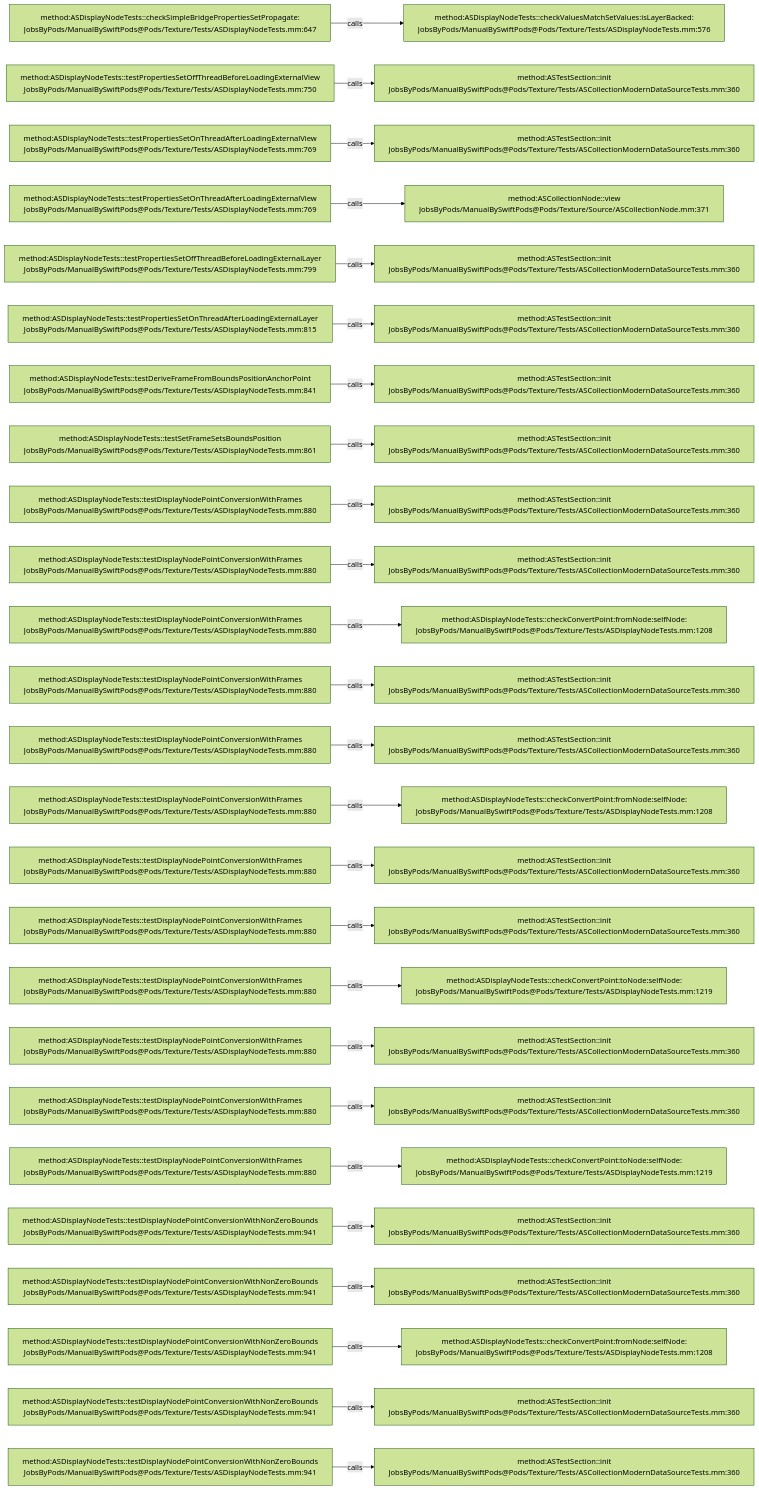
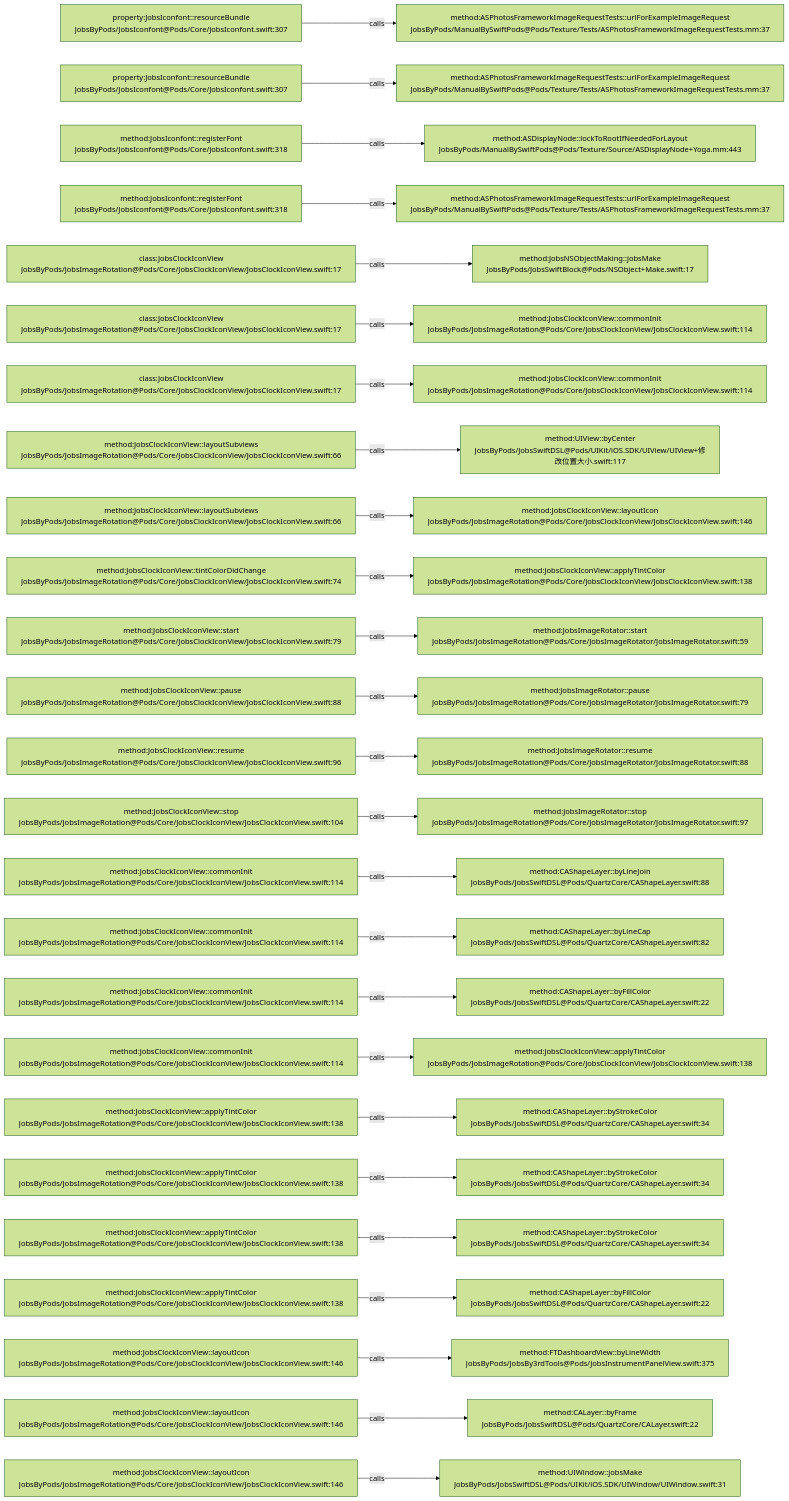
The diagram in .codegraph/codegraph.md/graphs/calls-188.md (JobsKits/JobsSwiftBaseConfigDemo), drawn with Mermaid (forest theme) before and after one commit. The commit also changed 224 other files, not shown here.

````diff
--- a/.codegraph/codegraph.md/graphs/calls-188.md
+++ b/.codegraph/codegraph.md/graphs/calls-188.md
@@ -13,78 +13,78 @@
 ```mermaid
 flowchart LR
-  S1["method:ASDisplayNodeTests::checkSimpleBridgePropertiesSetPropagate:<br/>JobsByPods/ManualBySwiftPods@Pods/Texture/Tests/ASDisplayNodeTests.mm:647"]
-  T1["method:ASDisplayNodeTests::checkValuesMatchSetValues:isLayerBacked:<br/>JobsByPods/ManualBySwiftPods@Pods/Texture/Tests/ASDisplayNodeTests.mm:576"]
+  S1["property:JobsIconfont::resourceBundle<br/>JobsByPods/JobsIconfont@Pods/Core/JobsIconfont.swift:307"]
+  T1["method:ASPhotosFrameworkImageRequestTests::urlForExampleImageRequest<br/>JobsByPods/ManualBySwiftPods@Pods/Texture/Tests/ASPhotosFrameworkImageRequestTests.mm:37"]
   S1 -->|calls| T1
-  S2["method:ASDisplayNodeTests::testPropertiesSetOffThreadBeforeLoadingExternalView<br/>JobsByPods/ManualBySwiftPods@Pods/Texture/Tests/ASDisplayNodeTests.mm:750"]
-  T2["method:ASTestSection::init<br/>JobsByPods/ManualBySwiftPods@Pods/Texture/Tests/ASCollectionModernDataSourceTests.mm:360"]
+  S2["property:JobsIconfont::resourceBundle<br/>JobsByPods/JobsIconfont@Pods/Core/JobsIconfont.swift:307"]
+  T2["method:ASPhotosFrameworkImageRequestTests::urlForExampleImageRequest<br/>JobsByPods/ManualBySwiftPods@Pods/Texture/Tests/ASPhotosFrameworkImageRequestTests.mm:37"]
   S2 -->|calls| T2
-  S3["method:ASDisplayNodeTests::testPropertiesSetOnThreadAfterLoadingExternalView<br/>JobsByPods/ManualBySwiftPods@Pods/Texture/Tests/ASDisplayNodeTests.mm:769"]
-  T3["method:ASTestSection::init<br/>JobsByPods/ManualBySwiftPods@Pods/Texture/Tests/ASCollectionModernDataSourceTests.mm:360"]
+  S3["method:JobsIconfont::registerFont<br/>JobsByPods/JobsIconfont@Pods/Core/JobsIconfont.swift:318"]
+  T3["method:ASDisplayNode::lockToRootIfNeededForLayout<br/>JobsByPods/ManualBySwiftPods@Pods/Texture/Source/ASDisplayNode+Yoga.mm:443"]
   S3 -->|calls| T3
-  S4["method:ASDisplayNodeTests::testPropertiesSetOnThreadAfterLoadingExternalView<br/>JobsByPods/ManualBySwiftPods@Pods/Texture/Tests/ASDisplayNodeTests.mm:769"]
-  T4["method:ASCollectionNode::view<br/>JobsByPods/ManualBySwiftPods@Pods/Texture/Source/ASCollectionNode.mm:371"]
+  S4["method:JobsIconfont::registerFont<br/>JobsByPods/JobsIconfont@Pods/Core/JobsIconfont.swift:318"]
+  T4["method:ASPhotosFrameworkImageRequestTests::urlForExampleImageRequest<br/>JobsByPods/ManualBySwiftPods@Pods/Texture/Tests/ASPhotosFrameworkImageRequestTests.mm:37"]
   S4 -->|calls| T4
-  S5["method:ASDisplayNodeTests::testPropertiesSetOffThreadBeforeLoadingExternalLayer<br/>JobsByPods/ManualBySwiftPods@Pods/Texture/Tests/ASDisplayNodeTests.mm:799"]
-  T5["method:ASTestSection::init<br/>JobsByPods/ManualBySwiftPods@Pods/Texture/Tests/ASCollectionModernDataSourceTests.mm:360"]
+  S5["class:JobsClockIconView<br/>JobsByPods/JobsImageRotation@Pods/Core/JobsClockIconView/JobsClockIconView.swift:17"]
+  T5["method:JobsNSObjectMaking::jobsMake<br/>JobsByPods/JobsSwiftBlock@Pods/NSObject+Make.swift:17"]
   S5 -->|calls| T5
-  S6["method:ASDisplayNodeTests::testPropertiesSetOnThreadAfterLoadingExternalLayer<br/>JobsByPods/ManualBySwiftPods@Pods/Texture/Tests/ASDisplayNodeTests.mm:815"]
-  T6["method:ASTestSection::init<br/>JobsByPods/ManualBySwiftPods@Pods/Texture/Tests/ASCollectionModernDataSourceTests.mm:360"]
+  S6["class:JobsClockIconView<br/>JobsByPods/JobsImageRotation@Pods/Core/JobsClockIconView/JobsClockIconView.swift:17"]
+  T6["method:JobsClockIconView::commonInit<br/>JobsByPods/JobsImageRotation@Pods/Core/JobsClockIconView/JobsClockIconView.swift:114"]
   S6 -->|calls| T6
-  S7["method:ASDisplayNodeTests::testDeriveFrameFromBoundsPositionAnchorPoint<br/>JobsByPods/ManualBySwiftPods@Pods/Texture/Tests/ASDisplayNodeTests.mm:841"]
-  T7["method:ASTestSection::init<br/>JobsByPods/ManualBySwiftPods@Pods/Texture/Tests/ASCollectionModernDataSourceTests.mm:360"]
+  S7["class:JobsClockIconView<br/>JobsByPods/JobsImageRotation@Pods/Core/JobsClockIconView/JobsClockIconView.swift:17"]
+  T7["method:JobsClockIconView::commonInit<br/>JobsByPods/JobsImageRotation@Pods/Core/JobsClockIconView/JobsClockIconView.swift:114"]
   S7 -->|calls| T7
-  S8["method:ASDisplayNodeTests::testSetFrameSetsBoundsPosition<br/>JobsByPods/ManualBySwiftPods@Pods/Texture/Tests/ASDisplayNodeTests.mm:861"]
-  T8["method:ASTestSection::init<br/>JobsByPods/ManualBySwiftPods@Pods/Texture/Tests/ASCollectionModernDataSourceTests.mm:360"]
+  S8["method:JobsClockIconView::layoutSubviews<br/>JobsByPods/JobsImageRotation@Pods/Core/JobsClockIconView/JobsClockIconView.swift:66"]
+  T8["method:UIView::byCenter<br/>JobsByPods/JobsSwiftDSL@Pods/UIKit/iOS.SDK/UIView/UIView+修改位置大小.swift:117"]
   S8 -->|calls| T8
-  S9["method:ASDisplayNodeTests::testDisplayNodePointConversionWithFrames<br/>JobsByPods/ManualBySwiftPods@Pods/Texture/Tests/ASDisplayNodeTests.mm:880"]
-  T9["method:ASTestSection::init<br/>JobsByPods/ManualBySwiftPods@Pods/Texture/Tests/ASCollectionModernDataSourceTests.mm:360"]
+  S9["method:JobsClockIconView::layoutSubviews<br/>JobsByPods/JobsImageRotation@Pods/Core/JobsClockIconView/JobsClockIconView.swift:66"]
+  T9["method:JobsClockIconView::layoutIcon<br/>JobsByPods/JobsImageRotation@Pods/Core/JobsClockIconView/JobsClockIconView.swift:146"]
   S9 -->|calls| T9
-  S10["method:ASDisplayNodeTests::testDisplayNodePointConversionWithFrames<br/>JobsByPods/ManualBySwiftPods@Pods/Texture/Tests/ASDisplayNodeTests.mm:880"]
-  T10["method:ASTestSection::init<br/>JobsByPods/ManualBySwiftPods@Pods/Texture/Tests/ASCollectionModernDataSourceTests.mm:360"]
+  S10["method:JobsClockIconView::tintColorDidChange<br/>JobsByPods/JobsImageRotation@Pods/Core/JobsClockIconView/JobsClockIconView.swift:74"]
+  T10["method:JobsClockIconView::applyTintColor<br/>JobsByPods/JobsImageRotation@Pods/Core/JobsClockIconView/JobsClockIconView.swift:138"]
   S10 -->|calls| T10
-  S11["method:ASDisplayNodeTests::testDisplayNodePointConversionWithFrames<br/>JobsByPods/ManualBySwiftPods@Pods/Texture/Tests/ASDisplayNodeTests.mm:880"]
-  T11["method:ASDisplayNodeTests::checkConvertPoint:fromNode:selfNode:<br/>JobsByPods/ManualBySwiftPods@Pods/Texture/Tests/ASDisplayNodeTests.mm:1208"]
+  S11["method:JobsClockIconView::start<br/>JobsByPods/JobsImageRotation@Pods/Core/JobsClockIconView/JobsClockIconView.swift:79"]
+  T11["method:JobsImageRotator::start<br/>JobsByPods/JobsImageRotation@Pods/Core/JobsImageRotator/JobsImageRotator.swift:59"]
   S11 -->|calls| T11
-  S12["method:ASDisplayNodeTests::testDisplayNodePointConversionWithFrames<br/>JobsByPods/ManualBySwiftPods@Pods/Texture/Tests/ASDisplayNodeTests.mm:880"]
-  T12["method:ASTestSection::init<br/>JobsByPods/ManualBySwiftPods@Pods/Texture/Tests/ASCollectionModernDataSourceTests.mm:360"]
+  S12["method:JobsClockIconView::pause<br/>JobsByPods/JobsImageRotation@Pods/Core/JobsClockIconView/JobsClockIconView.swift:88"]
+  T12["method:JobsImageRotator::pause<br/>JobsByPods/JobsImageRotation@Pods/Core/JobsImageRotator/JobsImageRotator.swift:79"]
   S12 -->|calls| T12
-  S13["method:ASDisplayNodeTests::testDisplayNodePointConversionWithFrames<br/>JobsByPods/ManualBySwiftPods@Pods/Texture/Tests/ASDisplayNodeTests.mm:880"]
-  T13["method:ASTestSection::init<br/>JobsByPods/ManualBySwiftPods@Pods/Texture/Tests/ASCollectionModernDataSourceTests.mm:360"]
+  S13["method:JobsClockIconView::resume<br/>JobsByPods/JobsImageRotation@Pods/Core/JobsClockIconView/JobsClockIconView.swift:96"]
+  T13["method:JobsImageRotator::resume<br/>JobsByPods/JobsImageRotation@Pods/Core/JobsImageRotator/JobsImageRotator.swift:88"]
   S13 -->|calls| T13
-  S14["method:ASDisplayNodeTests::testDisplayNodePointConversionWithFrames<br/>JobsByPods/ManualBySwiftPods@Pods/Texture/Tests/ASDisplayNodeTests.mm:880"]
-  T14["method:ASDisplayNodeTests::checkConvertPoint:fromNode:selfNode:<br/>JobsByPods/ManualBySwiftPods@Pods/Texture/Tests/ASDisplayNodeTests.mm:1208"]
+  S14["method:JobsClockIconView::stop<br/>JobsByPods/JobsImageRotation@Pods/Core/JobsClockIconView/JobsClockIconView.swift:104"]
+  T14["method:JobsImageRotator::stop<br/>JobsByPods/JobsImageRotation@Pods/Core/JobsImageRotator/JobsImageRotator.swift:97"]
   S14 -->|calls| T14
-  S15["method:ASDisplayNodeTests::testDisplayNodePointConversionWithFrames<br/>JobsByPods/ManualBySwiftPods@Pods/Texture/Tests/ASDisplayNodeTests.mm:880"]
-  T15["method:ASTestSection::init<br/>JobsByPods/ManualBySwiftPods@Pods/Texture/Tests/ASCollectionModernDataSourceTests.mm:360"]
+  S15["method:JobsClockIconView::commonInit<br/>JobsByPods/JobsImageRotation@Pods/Core/JobsClockIconView/JobsClockIconView.swift:114"]
+  T15["method:CAShapeLayer::byLineJoin<br/>JobsByPods/JobsSwiftDSL@Pods/QuartzCore/CAShapeLayer.swift:88"]
   S15 -->|calls| T15
-  S16["method:ASDisplayNodeTests::testDisplayNodePointConversionWithFrames<br/>JobsByPods/ManualBySwiftPods@Pods/Texture/Tests/ASDisplayNodeTests.mm:880"]
-  T16["method:ASTestSection::init<br/>JobsByPods/ManualBySwiftPods@Pods/Texture/Tests/ASCollectionModernDataSourceTests.mm:360"]
+  S16["method:JobsClockIconView::commonInit<br/>JobsByPods/JobsImageRotation@Pods/Core/JobsClockIconView/JobsClockIconView.swift:114"]
+  T16["method:CAShapeLayer::byLineCap<br/>JobsByPods/JobsSwiftDSL@Pods/QuartzCore/CAShapeLayer.swift:82"]
   S16 -->|calls| T16
-  S17["method:ASDisplayNodeTests::testDisplayNodePointConversionWithFrames<br/>JobsByPods/ManualBySwiftPods@Pods/Texture/Tests/ASDisplayNodeTests.mm:880"]
-  T17["method:ASDisplayNodeTests::checkConvertPoint:toNode:selfNode:<br/>JobsByPods/ManualBySwiftPods@Pods/Texture/Tests/ASDisplayNodeTests.mm:1219"]
+  S17["method:JobsClockIconView::commonInit<br/>JobsByPods/JobsImageRotation@Pods/Core/JobsClockIconView/JobsClockIconView.swift:114"]
+  T17["method:CAShapeLayer::byFillColor<br/>JobsByPods/JobsSwiftDSL@Pods/QuartzCore/CAShapeLayer.swift:22"]
   S17 -->|calls| T17
-  S18["method:ASDisplayNodeTests::testDisplayNodePointConversionWithFrames<br/>JobsByPods/ManualBySwiftPods@Pods/Texture/Tests/ASDisplayNodeTests.mm:880"]
-  T18["method:ASTestSection::init<br/>JobsByPods/ManualBySwiftPods@Pods/Texture/Tests/ASCollectionModernDataSourceTests.mm:360"]
+  S18["method:JobsClockIconView::commonInit<br/>JobsByPods/JobsImageRotation@Pods/Core/JobsClockIconView/JobsClockIconView.swift:114"]
+  T18["method:JobsClockIconView::applyTintColor<br/>JobsByPods/JobsImageRotation@Pods/Core/JobsClockIconView/JobsClockIconView.swift:138"]
   S18 -->|calls| T18
-  S19["method:ASDisplayNodeTests::testDisplayNodePointConversionWithFrames<br/>JobsByPods/ManualBySwiftPods@Pods/Texture/Tests/ASDisplayNodeTests.mm:880"]
-  T19["method:ASTestSection::init<br/>JobsByPods/ManualBySwiftPods@Pods/Texture/Tests/ASCollectionModernDataSourceTests.mm:360"]
+  S19["method:JobsClockIconView::applyTintColor<br/>JobsByPods/JobsImageRotation@Pods/Core/JobsClockIconView/JobsClockIconView.swift:138"]
+  T19["method:CAShapeLayer::byStrokeColor<br/>JobsByPods/JobsSwiftDSL@Pods/QuartzCore/CAShapeLayer.swift:34"]
   S19 -->|calls| T19
-  S20["method:ASDisplayNodeTests::testDisplayNodePointConversionWithFrames<br/>JobsByPods/ManualBySwiftPods@Pods/Texture/Tests/ASDisplayNodeTests.mm:880"]
-  T20["method:ASDisplayNodeTests::checkConvertPoint:toNode:selfNode:<br/>JobsByPods/ManualBySwiftPods@Pods/Texture/Tests/ASDisplayNodeTests.mm:1219"]
+  S20["method:JobsClockIconView::applyTintColor<br/>JobsByPods/JobsImageRotation@Pods/Core/JobsClockIconView/JobsClockIconView.swift:138"]
+  T20["method:CAShapeLayer::byStrokeColor<br/>JobsByPods/JobsSwiftDSL@Pods/QuartzCore/CAShapeLayer.swift:34"]
   S20 -->|calls| T20
-  S21["method:ASDisplayNodeTests::testDisplayNodePointConversionWithNonZeroBounds<br/>JobsByPods/ManualBySwiftPods@Pods/Texture/Tests/ASDisplayNodeTests.mm:941"]
-  T21["method:ASTestSection::init<br/>JobsByPods/ManualBySwiftPods@Pods/Texture/Tests/ASCollectionModernDataSourceTests.mm:360"]
+  S21["method:JobsClockIconView::applyTintColor<br/>JobsByPods/JobsImageRotation@Pods/Core/JobsClockIconView/JobsClockIconView.swift:138"]
+  T21["method:CAShapeLayer::byStrokeColor<br/>JobsByPods/JobsSwiftDSL@Pods/QuartzCore/CAShapeLayer.swift:34"]
   S21 -->|calls| T21
-  S22["method:ASDisplayNodeTests::testDisplayNodePointConversionWithNonZeroBounds<br/>JobsByPods/ManualBySwiftPods@Pods/Texture/Tests/ASDisplayNodeTests.mm:941"]
-  T22["method:ASTestSection::init<br/>JobsByPods/ManualBySwiftPods@Pods/Texture/Tests/ASCollectionModernDataSourceTests.mm:360"]
+  S22["method:JobsClockIconView::applyTintColor<br/>JobsByPods/JobsImageRotation@Pods/Core/JobsClockIconView/JobsClockIconView.swift:138"]
+  T22["method:CAShapeLayer::byFillColor<br/>JobsByPods/JobsSwiftDSL@Pods/QuartzCore/CAShapeLayer.swift:22"]
   S22 -->|calls| T22
-  S23["method:ASDisplayNodeTests::testDisplayNodePointConversionWithNonZeroBounds<br/>JobsByPods/ManualBySwiftPods@Pods/Texture/Tests/ASDisplayNodeTests.mm:941"]
-  T23["method:ASDisplayNodeTests::checkConvertPoint:fromNode:selfNode:<br/>JobsByPods/ManualBySwiftPods@Pods/Texture/Tests/ASDisplayNodeTests.mm:1208"]
+  S23["method:JobsClockIconView::layoutIcon<br/>JobsByPods/JobsImageRotation@Pods/Core/JobsClockIconView/JobsClockIconView.swift:146"]
+  T23["method:FTDashboardView::byLineWidth<br/>JobsByPods/JobsBy3rdTools@Pods/JobsInstrumentPanelView.swift:375"]
   S23 -->|calls| T23
-  S24["method:ASDisplayNodeTests::testDisplayNodePointConversionWithNonZeroBounds<br/>JobsByPods/ManualBySwiftPods@Pods/Texture/Tests/ASDisplayNodeTests.mm:941"]
-  T24["method:ASTestSection::init<br/>JobsByPods/ManualBySwiftPods@Pods/Texture/Tests/ASCollectionModernDataSourceTests.mm:360"]
+  S24["method:JobsClockIconView::layoutIcon<br/>JobsByPods/JobsImageRotation@Pods/Core/JobsClockIconView/JobsClockIconView.swift:146"]
+  T24["method:CALayer::byFrame<br/>JobsByPods/JobsSwiftDSL@Pods/QuartzCore/CALayer.swift:22"]
   S24 -->|calls| T24
-  S25["method:ASDisplayNodeTests::testDisplayNodePointConversionWithNonZeroBounds<br/>JobsByPods/ManualBySwiftPods@Pods/Texture/Tests/ASDisplayNodeTests.mm:941"]
-  T25["method:ASTestSection::init<br/>JobsByPods/ManualBySwiftPods@Pods/Texture/Tests/ASCollectionModernDataSourceTests.mm:360"]
+  S25["method:JobsClockIconView::layoutIcon<br/>JobsByPods/JobsImageRotation@Pods/Core/JobsClockIconView/JobsClockIconView.swift:146"]
+  T25["method:UIWindow::jobsMake<br/>JobsByPods/JobsSwiftDSL@Pods/UIKit/iOS.SDK/UIWindow/UIWindow.swift:31"]
   S25 -->|calls| T25
 ```
````
